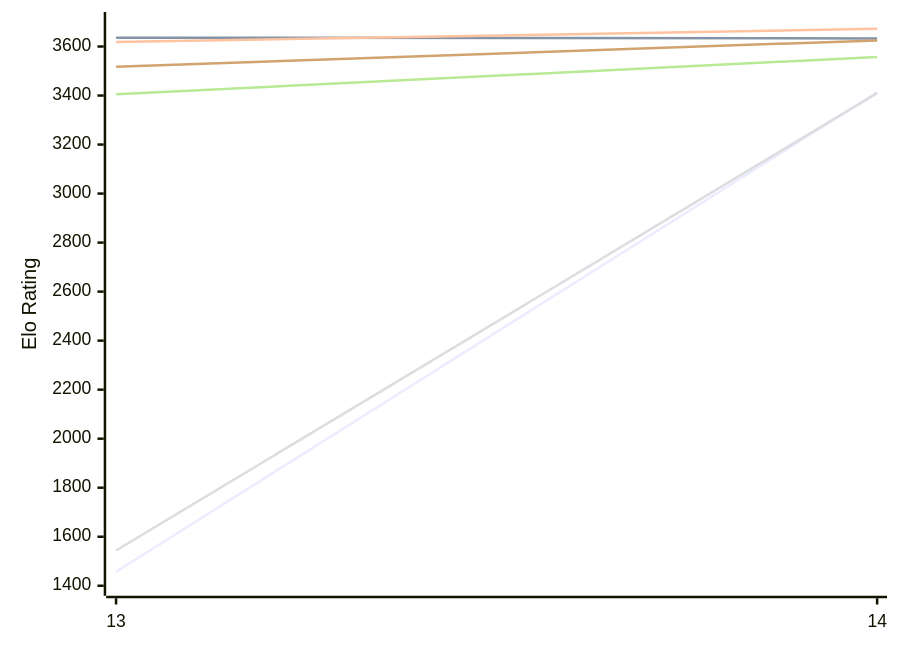
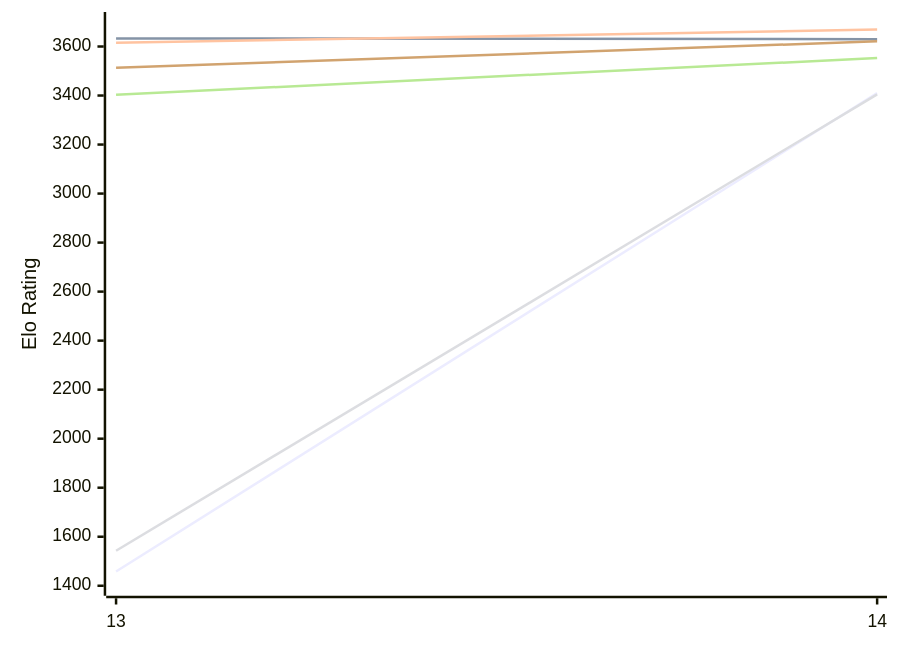
Before and after one commit to computer-chess-index/cci: the first of 2 diagrams in engines/Berserk.md, drawn with Mermaid. The commit also changed other lines of this file, not shown here.

Commit message:
Update CCI Ratings (ELO VLTC) - 2026-11-19

````diff
--- a/engines/Berserk.md
+++ b/engines/Berserk.md
@@ -50,12 +50,12 @@
 ```mermaid
 %%{init: {"theme":"base","themeVariables":{"seriesColors:['#a3a3a3','#222221','#faa371']}}}%%
 xychart-beta
   x-axis ["13", "14"]
   y-axis "Elo Rating" 1400 --> 3700
-  line "E1: STC (8.0+0.08s)" [1457, 3413]
-  line "E1: LTC (60.0+0.60s)" [3636, 3633]
-  line "E1: VLTC (2m24s+1.12s)" [3618, 3672]
-  line "P1: STC (8.0+0.08s)" [1544, 3410]
-  line "P1: LTC (60.0+0.60s)" [3405, 3557]
-  line "P1: VLTC (2m24s+1.12s)" [3517, 3625]
+  line "E1: STC (8.0+0.08s)" [1458, 3410]
+  line "E1: LTC (60.0+0.60s)" [3633, 3630]
+  line "E1: VLTC (2m24s+1.12s)" [3615, 3669]
+  line "P1: STC (8.0+0.08s)" [1543, 3405]
+  line "P1: LTC (60.0+0.60s)" [3403, 3553]
+  line "P1: VLTC (2m24s+1.12s)" [3513, 3621]
 ```
````
